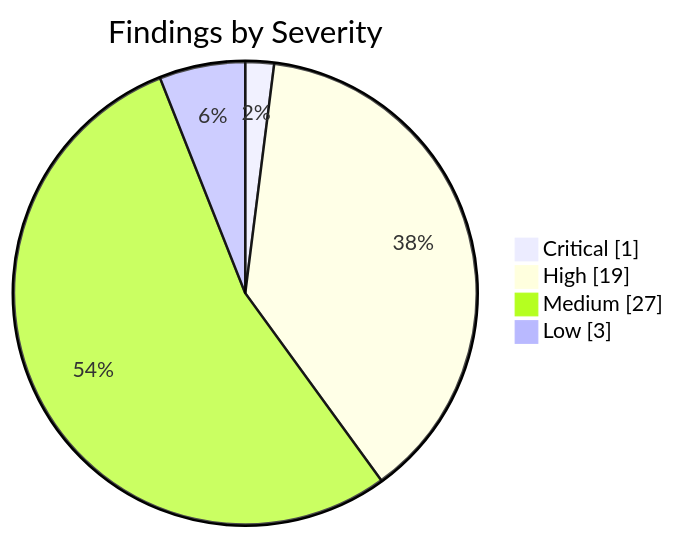
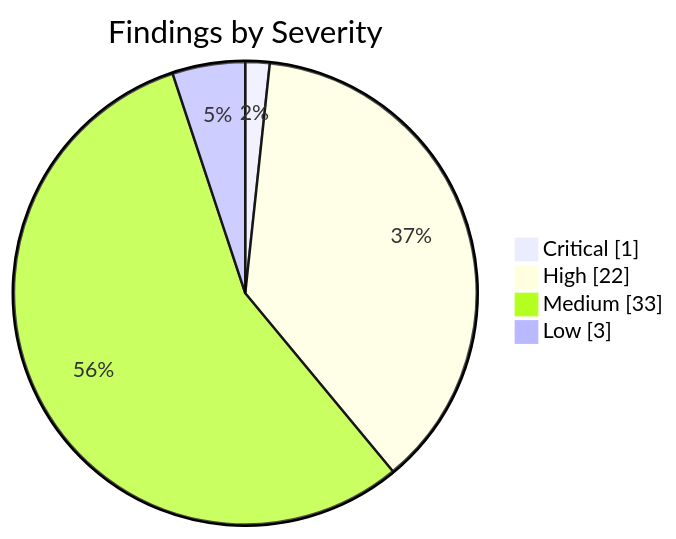
The first of 2 diagrams in apps/kbve/astro-kbve/src/content/docs/dashboard/security.mdx (KBVE/kbve), drawn with Mermaid before and after one commit. The commit also changed other lines of this file and 8 other files, not shown here.

````diff
--- a/apps/kbve/astro-kbve/src/content/docs/dashboard/security.mdx
+++ b/apps/kbve/astro-kbve/src/content/docs/dashboard/security.mdx
@@ -62,8 +62,8 @@
 ```mermaid
 pie showData
     title Findings by Severity
     "Critical" : 1
-    "High" : 19
-    "Medium" : 27
+    "High" : 22
+    "Medium" : 33
     "Low" : 3
 ```
````
